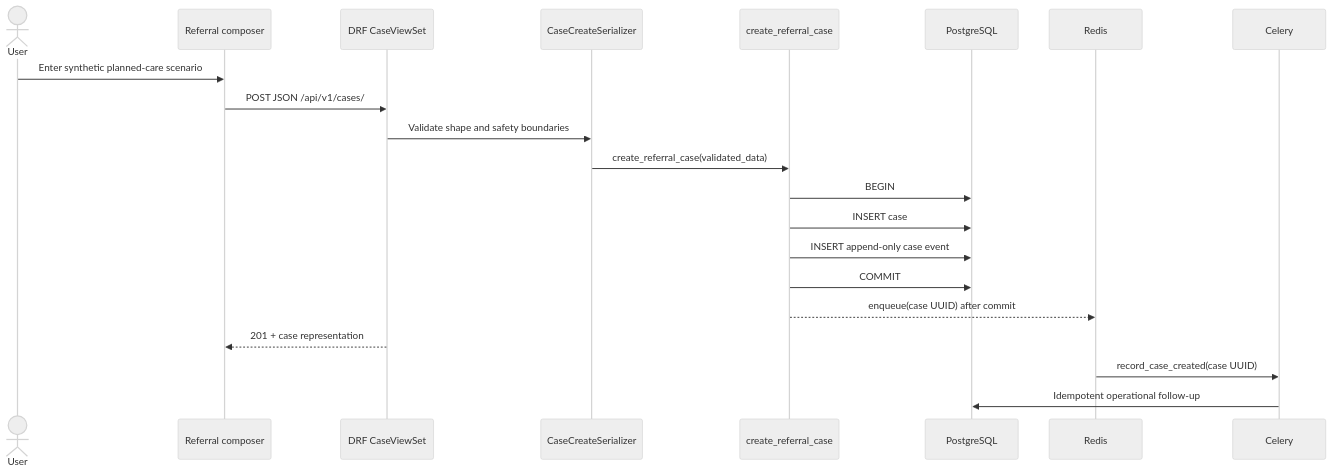
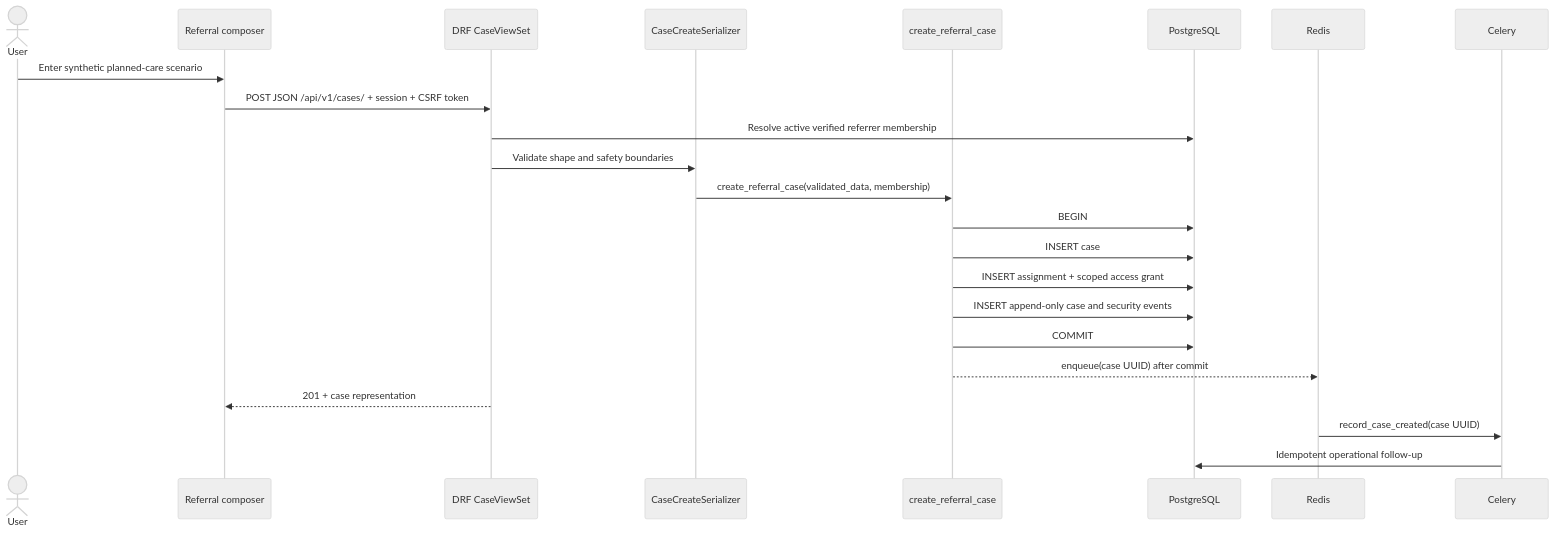
One commit to smitzo/KnockKnockDoc changed the second of 3 diagrams in docs/DATA_FLOW_AND_METHOD_CALLS.md. Above: the diagram before and after it, drawn with Mermaid (neutral theme). The commit also changed other lines of this file and 4 other files, not shown here.

````diff
--- a/docs/DATA_FLOW_AND_METHOD_CALLS.md
+++ b/docs/DATA_FLOW_AND_METHOD_CALLS.md
@@ -37,24 +41,26 @@
 ```mermaid
 sequenceDiagram
     actor User
     participant Form as Referral composer
     participant API as DRF CaseViewSet
     participant Serializer as CaseCreateSerializer
     participant Service as create_referral_case
     participant DB as PostgreSQL
     participant Queue as Redis
     participant Worker as Celery
 
     User->>Form: Enter synthetic planned-care scenario
-    Form->>API: POST JSON /api/v1/cases/
+    Form->>API: POST JSON /api/v1/cases/ + session + CSRF token
+    API->>DB: Resolve active verified referrer membership
     API->>Serializer: Validate shape and safety boundaries
-    Serializer->>Service: create_referral_case(validated_data)
+    Serializer->>Service: create_referral_case(validated_data, membership)
     Service->>DB: BEGIN
     Service->>DB: INSERT case
-    Service->>DB: INSERT append-only case event
+    Service->>DB: INSERT assignment + scoped access grant
+    Service->>DB: INSERT append-only case and security events
     Service->>DB: COMMIT
     Service-->>Queue: enqueue(case UUID) after commit
     API-->>Form: 201 + case representation
     Queue->>Worker: record_case_created(case UUID)
     Worker->>DB: Idempotent operational follow-up
 ```
````
